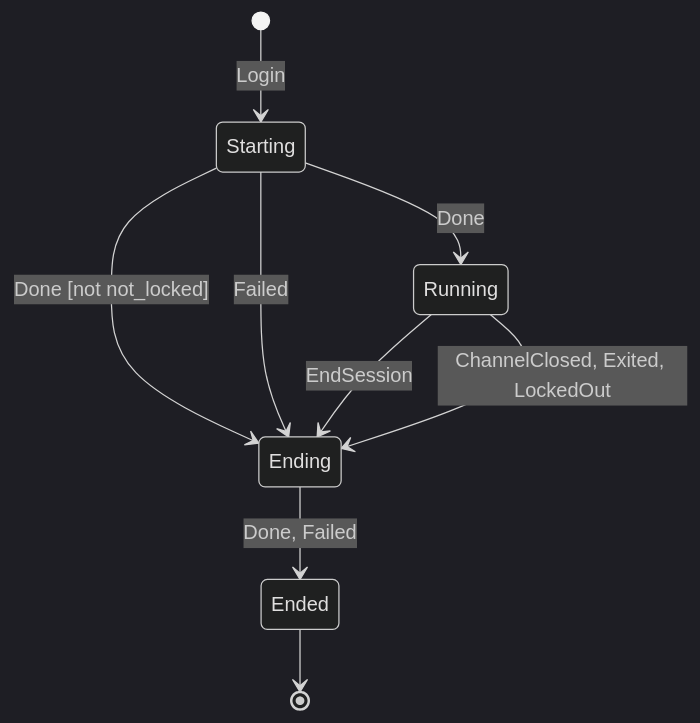
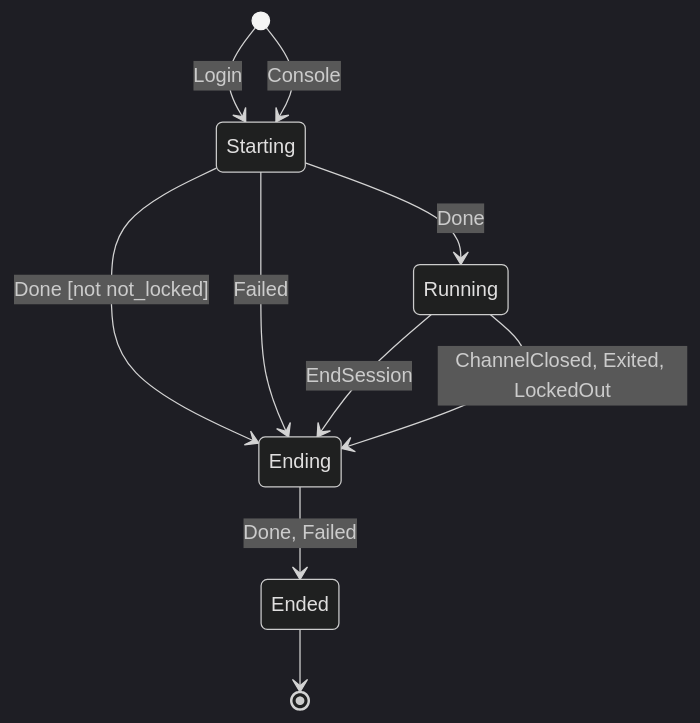
One commit to sirmick/redoubt changed the diagram in libs/steward/tables/session.mermaid.md. Above: the diagram before and after it, drawn with Mermaid (dark theme). The commit also changed 10 other files, not shown here.

````diff
--- a/libs/steward/tables/session.mermaid.md
+++ b/libs/steward/tables/session.mermaid.md
@@ -3,11 +3,12 @@
 ```mermaid
 stateDiagram-v2
     [*] --> Starting: Login
+    [*] --> Starting: Console
     Starting --> Ending: Done [not not_locked]
     Starting --> Running: Done
     Starting --> Ending: Failed
     Running --> Ending: EndSession
     Running --> Ending: ChannelClosed, Exited, LockedOut
     Ending --> Ended: Done, Failed
     Ended --> [*]
 ```
````
